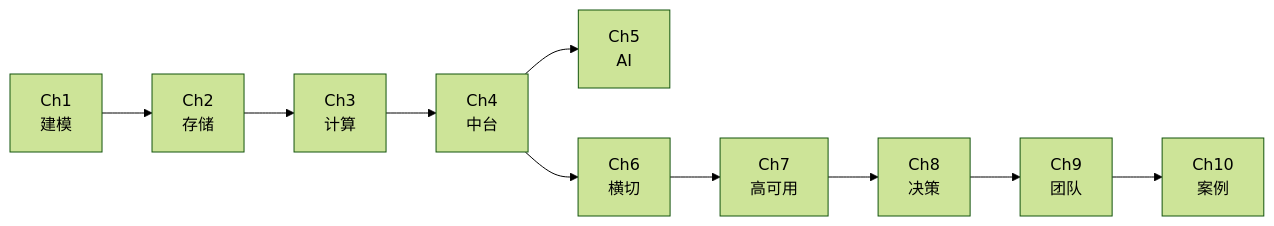
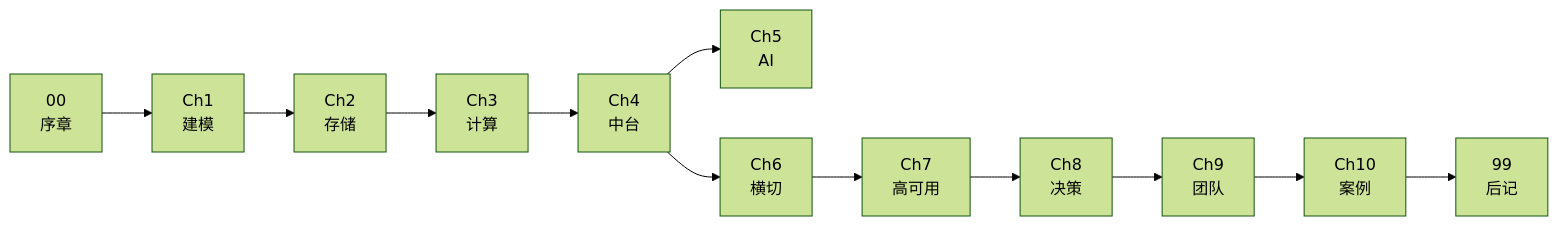
Before and after one commit to QuanhongDing/data-travel: the diagram in README.md, drawn with Mermaid (forest theme). The commit also changed other lines of this file and 3 other files, not shown here.

First line of the commit message:
docs: fix broken cross-chapter links and complete chapter diagram

````diff
--- a/README.md
+++ b/README.md
@@ -68,12 +68,13 @@
 ```mermaid
 flowchart LR
-  A["Ch1<br/>建模"] --> B["Ch2<br/>存储"]
+  Z["00<br/>序章"] --> A["Ch1<br/>建模"] --> B["Ch2<br/>存储"]
   B --> C["Ch3<br/>计算"]
   C --> D["Ch4<br/>中台"]
   D --> E["Ch5<br/>AI"]
   D --> F["Ch6<br/>横切"]
   F --> G["Ch7<br/>高可用"]
   G --> H["Ch8<br/>决策"]
   H --> I["Ch9<br/>团队"]
   I --> J["Ch10<br/>案例"]
+  J --> Y["99<br/>后记"]
 ```
````
